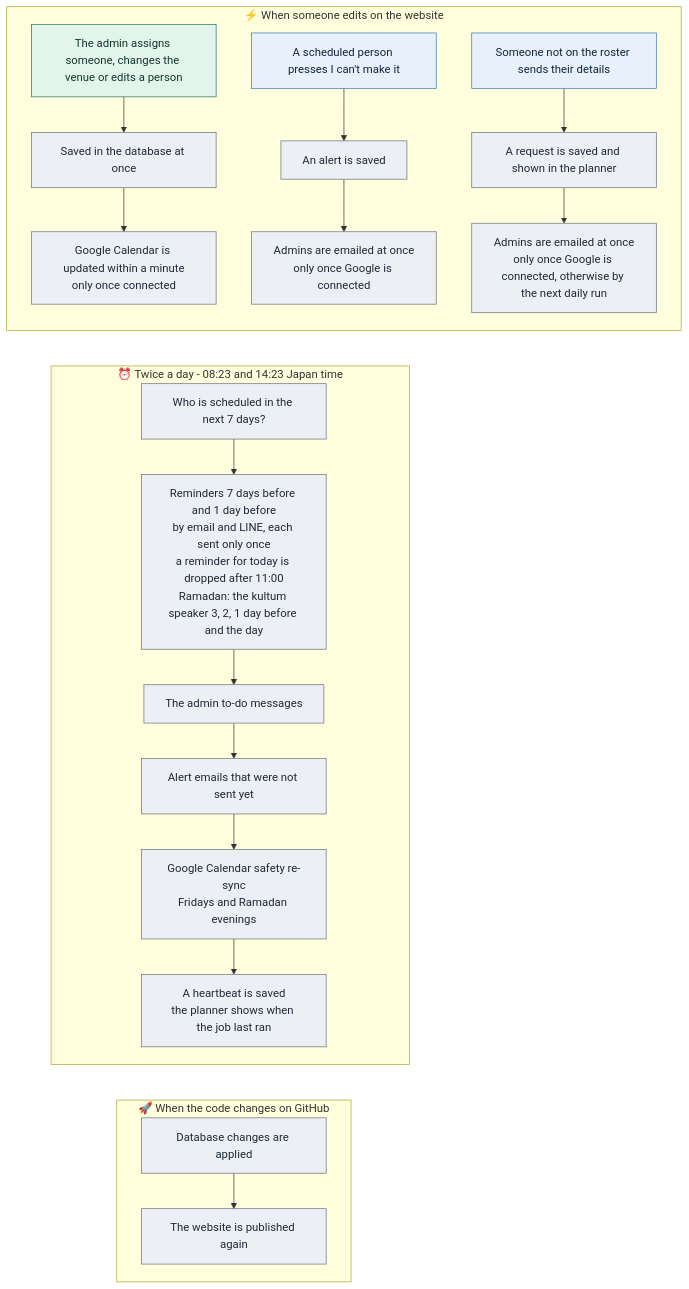
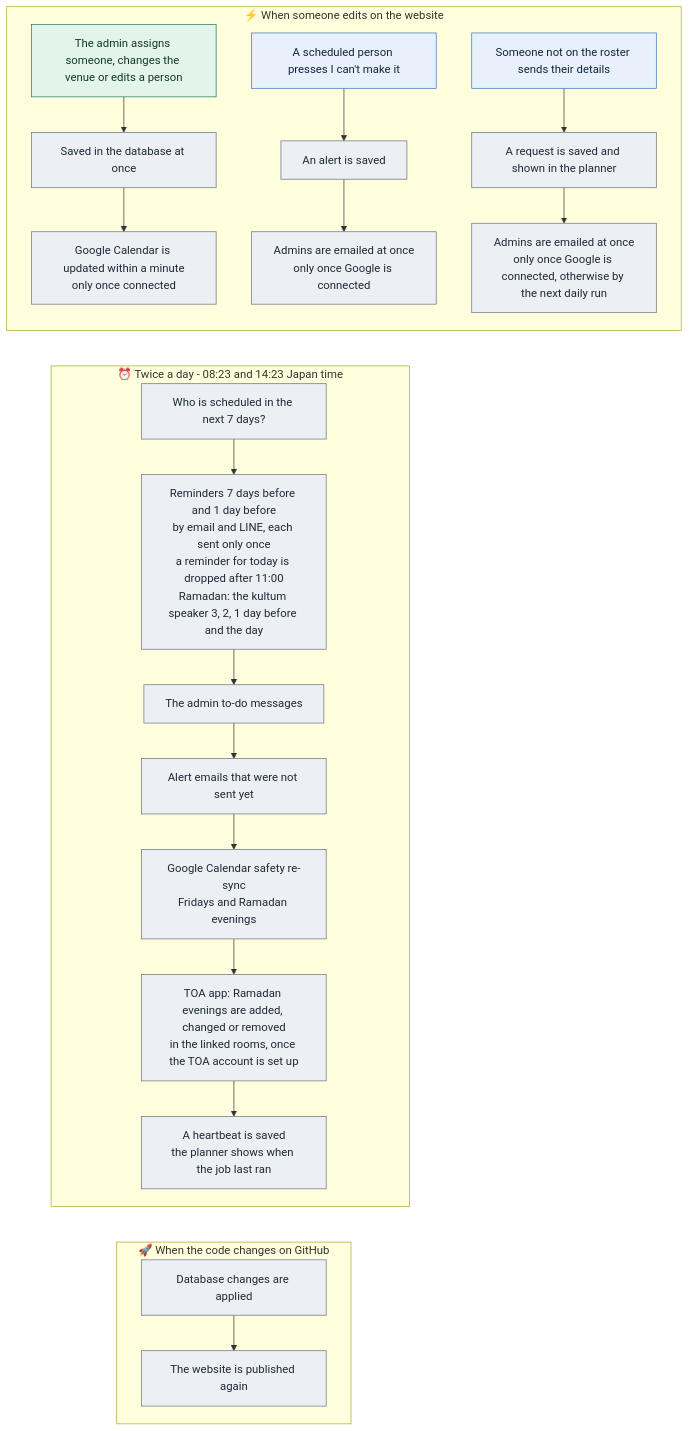
One commit to mushaffarasyidridha/Jumat-Scheduler-NAIST changed the diagram in public/flows/automation.mmd. Above: the diagram before and after it, drawn with Mermaid. The commit also changed 20 other files, not shown here.

First line of the commit message:
TOA: add Ramadan evenings to linked TOA room queues

```diff
--- a/public/flows/automation.mmd
+++ b/public/flows/automation.mmd
@@ -1,32 +1,33 @@
 flowchart TD
   subgraph t1["⚡ When someone edits on the website"]
     E1["The admin assigns someone, changes the venue or edits a person"] --> E2["Saved in the database at once"]
     E2 --> E3["Google Calendar is updated within a minute<br/>only once connected"]
     U1["A scheduled person presses I can't make it"] --> U2["An alert is saved"]
     U2 --> U3["Admins are emailed at once<br/>only once Google is connected"]
     J1["Someone not on the roster sends their details"] --> J2["A request is saved and shown in the planner"]
     J2 --> J3["Admins are emailed at once<br/>only once Google is connected, otherwise by the next daily run"]
   end
 
   subgraph t2["⏰ Twice a day - 08:23 and 14:23 Japan time"]
     R1["Who is scheduled in the next 7 days?"] --> R2["Reminders 7 days before and 1 day before<br/>by email and LINE, each sent only once<br/>a reminder for today is dropped after 11:00<br/>Ramadan: the kultum speaker 3, 2, 1 day before and the day"]
     R2 --> R3["The admin to-do messages"]
     R3 --> R4["Alert emails that were not sent yet"]
     R4 --> R5["Google Calendar safety re-sync<br/>Fridays and Ramadan evenings"]
-    R5 --> R6["A heartbeat is saved<br/>the planner shows when the job last ran"]
+    R5 --> R5b["TOA app: Ramadan evenings are added, changed or removed<br/>in the linked rooms, once the TOA account is set up"]
+    R5b --> R6["A heartbeat is saved<br/>the planner shows when the job last ran"]
   end
 
   subgraph t3["🚀 When the code changes on GitHub"]
     D1["Database changes are applied"] --> D2["The website is published again"]
   end
 
   E3 ~~~ R1
   U3 ~~~ R1
   R6 ~~~ D1
 
   classDef admin fill:#e3f4ec,stroke:#1f7a5c,color:#12372a
   classDef robot fill:#eceff3,stroke:#6b7280,color:#1f2937
   classDef member fill:#e8f1fb,stroke:#3b78b8,color:#10253d
   class E1 admin
   class U1,J1 member
-  class E2,E3,U2,U3,J2,J3,R1,R2,R3,R4,R5,R6,D1,D2 robot
+  class E2,E3,U2,U3,J2,J3,R1,R2,R3,R4,R5,R5b,R6,D1,D2 robot
```
